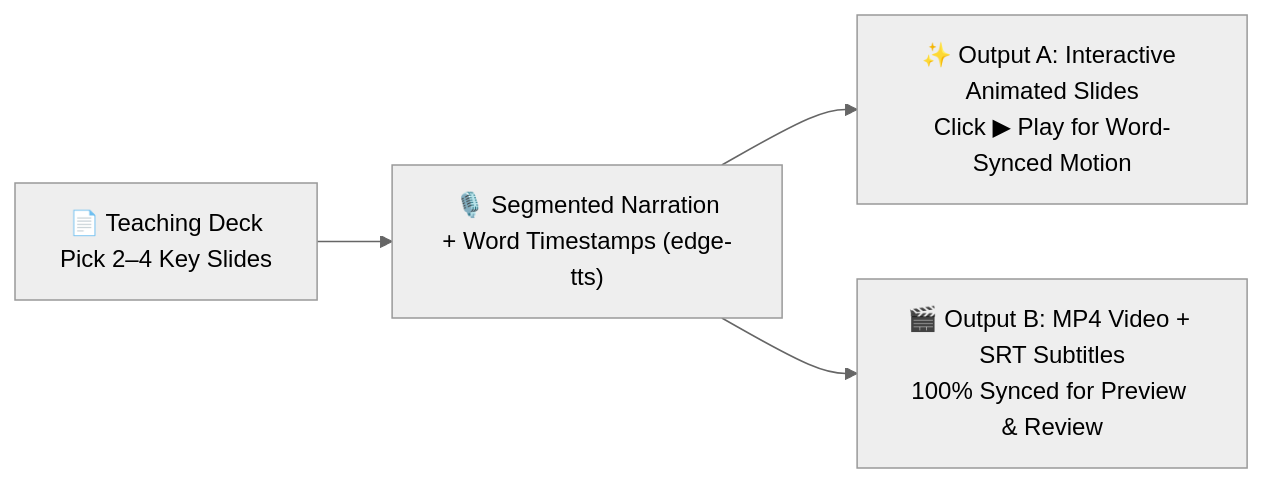
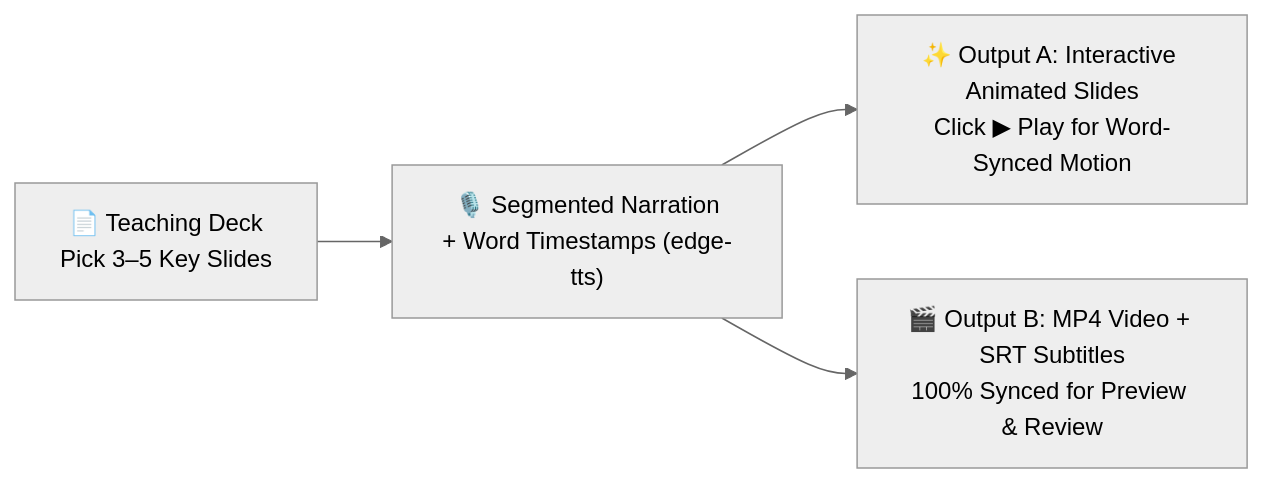
Before and after one commit to MeiChen-ai/soil-motion-deck: the second of 2 diagrams in README.md, drawn with Mermaid (neutral theme). The commit also changed other lines of this file, not shown here.

Commit message:
README: recommend 3-5 key slides (was 2-4) in the guide and Template 1

````diff
--- a/README.md
+++ b/README.md
@@ -129,6 +129,6 @@
 ```mermaid
 flowchart LR
-    Deck["📄 Teaching Deck<br/>Pick 2–4 Key Slides"] --> TTS["🎙️ Segmented Narration<br/>+ Word Timestamps (edge-tts)"]
+    Deck["📄 Teaching Deck<br/>Pick 3–5 Key Slides"] --> TTS["🎙️ Segmented Narration<br/>+ Word Timestamps (edge-tts)"]
     TTS --> OutA["✨ Output A: Interactive Animated Slides<br/>Click ▶ Play for Word-Synced Motion"]
     TTS --> OutB["🎬 Output B: MP4 Video + SRT Subtitles<br/>100% Synced for Preview & Review"]
 ```
````
